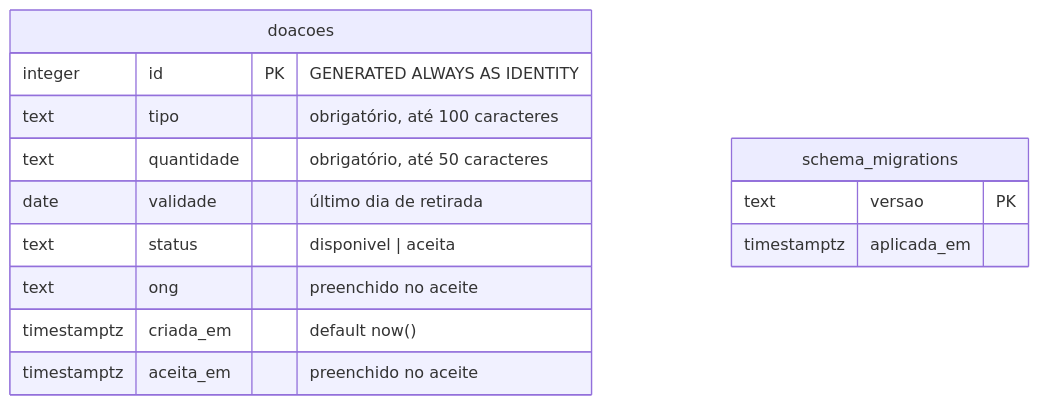
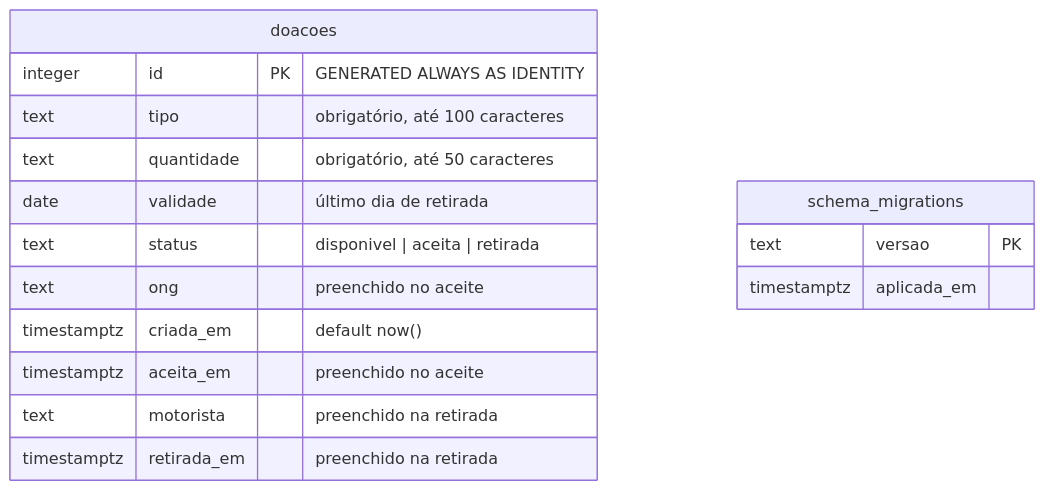
Before and after one commit to joaofsdev/g1126-prato-cheio: the second of 2 diagrams in docs/projeto.md, drawn with Mermaid. The commit also changed other lines of this file, not shown here.

````diff
--- a/docs/projeto.md
+++ b/docs/projeto.md
@@ -113,17 +141,19 @@
 ```mermaid
 erDiagram
   doacoes {
     integer id PK "GENERATED ALWAYS AS IDENTITY"
     text tipo "obrigatório, até 100 caracteres"
     text quantidade "obrigatório, até 50 caracteres"
     date validade "último dia de retirada"
-    text status "disponivel | aceita"
+    text status "disponivel | aceita | retirada"
     text ong "preenchido no aceite"
     timestamptz criada_em "default now()"
     timestamptz aceita_em "preenchido no aceite"
+    text motorista "preenchido na retirada"
+    timestamptz retirada_em "preenchido na retirada"
   }
   schema_migrations {
     text versao PK
     timestamptz aplicada_em
   }
 ```
````
